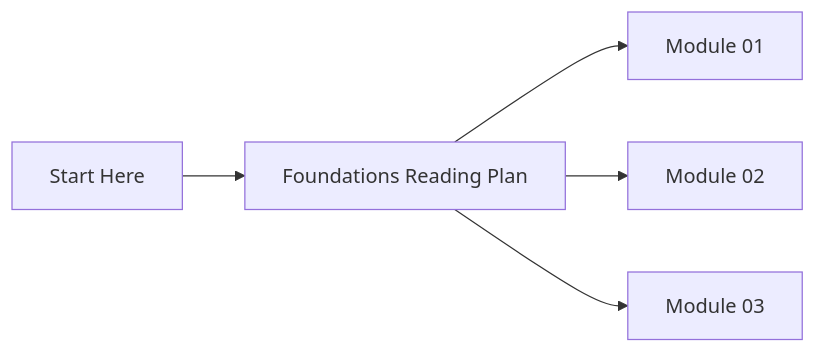
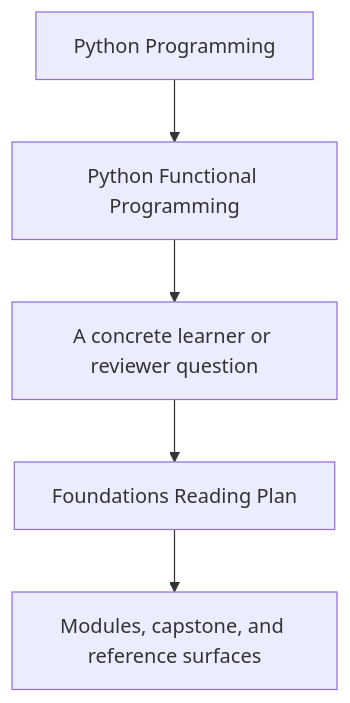
Before and after one commit to bijux/bijux-masterclass: the first of 2 diagrams in programs/python-programming/python-functional-programming/course-book/guides/foundations-reading-plan.md, drawn with Mermaid. The commit also changed other lines of this file and 23 other files, not shown here.

Commit message:
docs(python-functional-programming): sharpen guide and reference diagrams

````diff
--- a/programs/python-programming/python-functional-programming/course-book/guides/foundations-reading-plan.md
+++ b/programs/python-programming/python-functional-programming/course-book/guides/foundations-reading-plan.md
@@ -7,7 +7,7 @@
 ```mermaid
-graph LR
-  home["Start Here"] --> plan["Foundations Reading Plan"]
-  plan --> m01["Module 01"]
-  plan --> m02["Module 02"]
-  plan --> m03["Module 03"]
+flowchart TD
+  family["Python Programming"] --> program["Python Functional Programming"]
+  program --> pressure["A concrete learner or reviewer question"]
+  pressure --> guide["Foundations Reading Plan"]
+  guide --> next["Modules, capstone, and reference surfaces"]
 ```
````
